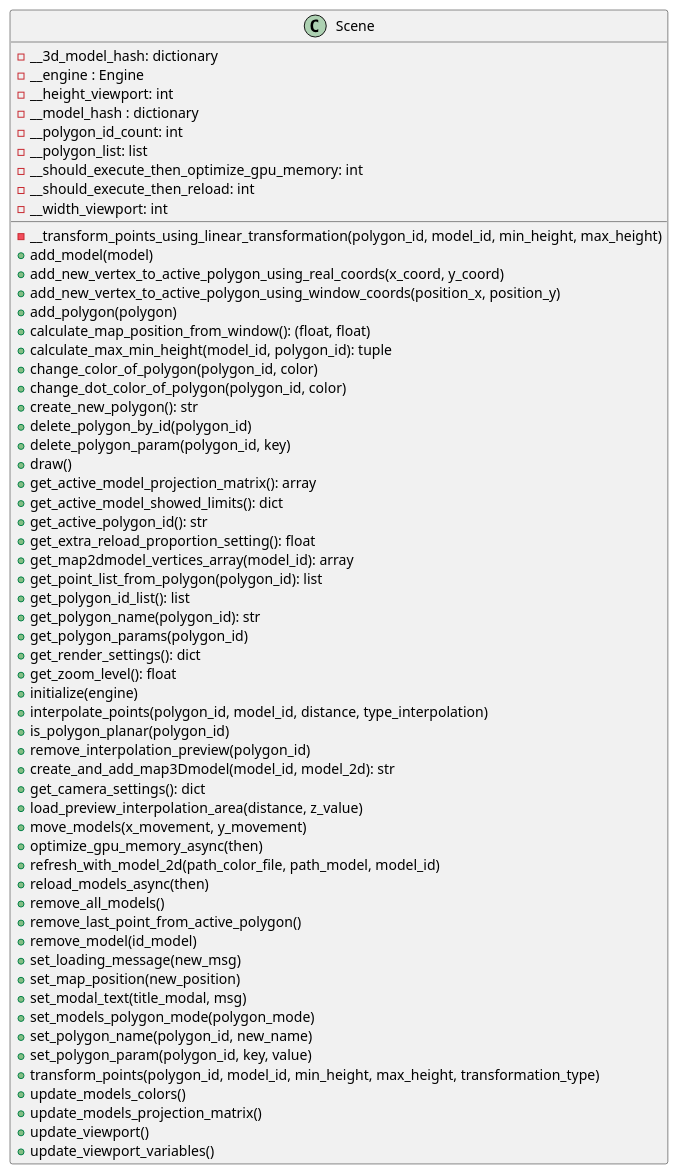
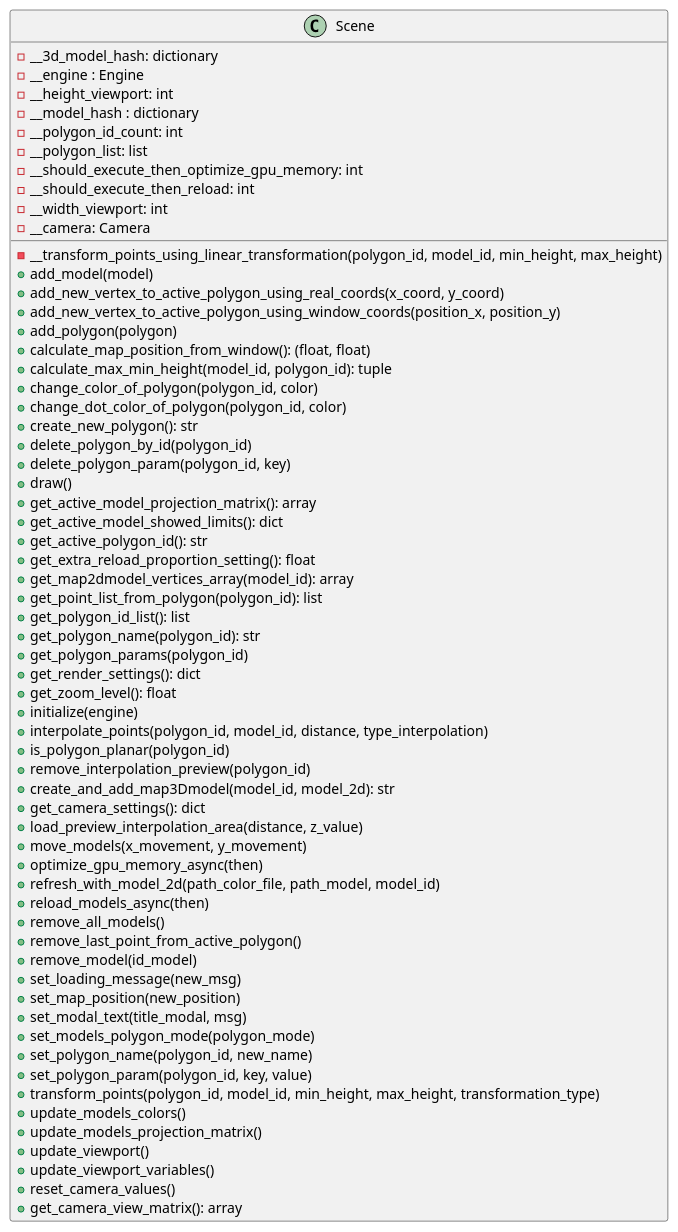
The diagram in docs/classes/Scene.puml (ferpoble2/Relief_Creator), drawn with PlantUML before and after one commit. The commit also changed 6 other files, not shown here.

Commit message:
Added camera to the scene and shaders that used model-view_projection to draw the 3D models

```diff
--- a/docs/classes/Scene.puml
+++ b/docs/classes/Scene.puml
@@ -1,64 +1,66 @@
 @startuml
             class Scene{
                 - __transform_points_using_linear_transformation(polygon_id, model_id, min_height, max_height)
                 + add_model(model)
                 + add_new_vertex_to_active_polygon_using_real_coords(x_coord, y_coord)
                 + add_new_vertex_to_active_polygon_using_window_coords(position_x, position_y)
                 + add_polygon(polygon)
                 + calculate_map_position_from_window(): (float, float)
                 + calculate_max_min_height(model_id, polygon_id): tuple
                 + change_color_of_polygon(polygon_id, color)
                 + change_dot_color_of_polygon(polygon_id, color)
                 + create_new_polygon(): str
                 + delete_polygon_by_id(polygon_id)
                 + delete_polygon_param(polygon_id, key)
                 + draw()
                 + get_active_model_projection_matrix(): array
                 + get_active_model_showed_limits(): dict
                 + get_active_polygon_id(): str
                 + get_extra_reload_proportion_setting(): float
                 + get_map2dmodel_vertices_array(model_id): array
                 + get_point_list_from_polygon(polygon_id): list
                 + get_polygon_id_list(): list
                 + get_polygon_name(polygon_id): str
                 + get_polygon_params(polygon_id)
                 + get_render_settings(): dict
                 + get_zoom_level(): float
                 + initialize(engine)
                 + interpolate_points(polygon_id, model_id, distance, type_interpolation)
                 + is_polygon_planar(polygon_id)
                 + remove_interpolation_preview(polygon_id)
                 + create_and_add_map3Dmodel(model_id, model_2d): str
                 + get_camera_settings(): dict
                 + load_preview_interpolation_area(distance, z_value)
                 + move_models(x_movement, y_movement)
                 + optimize_gpu_memory_async(then)
                 + refresh_with_model_2d(path_color_file, path_model, model_id)
                 + reload_models_async(then)
                 + remove_all_models()
                 + remove_last_point_from_active_polygon()
                 + remove_model(id_model)
                 + set_loading_message(new_msg)
                 + set_map_position(new_position)
                 + set_modal_text(title_modal, msg)
                 + set_models_polygon_mode(polygon_mode)
                 + set_polygon_name(polygon_id, new_name)
                 + set_polygon_param(polygon_id, key, value)
                 + transform_points(polygon_id, model_id, min_height, max_height, transformation_type)
                 + update_models_colors()
                 + update_models_projection_matrix()
                 + update_viewport()
                 + update_viewport_variables()
+                + reset_camera_values()
+                + get_camera_view_matrix(): array
 
                 - __3d_model_hash: dictionary
                 - __engine : Engine
                 - __height_viewport: int
                 - __model_hash : dictionary
                 - __polygon_id_count: int
                 - __polygon_list: list
                 - __should_execute_then_optimize_gpu_memory: int
                 - __should_execute_then_reload: int
                 - __width_viewport: int
+                - __camera: Camera
             }
-
 @enduml
```
